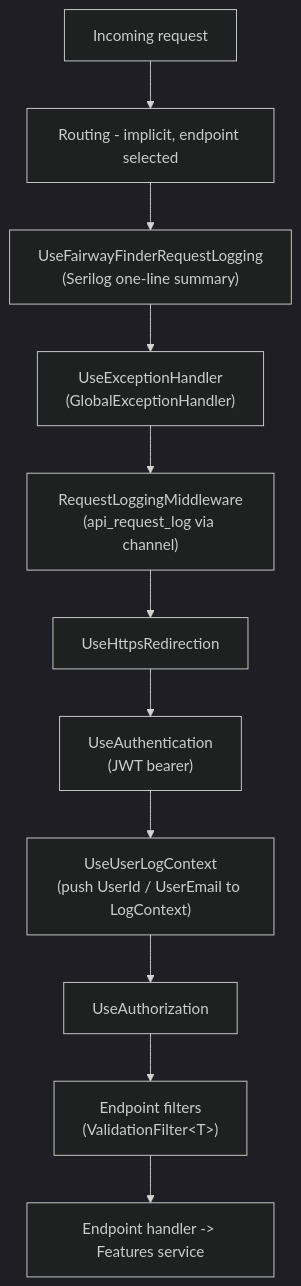
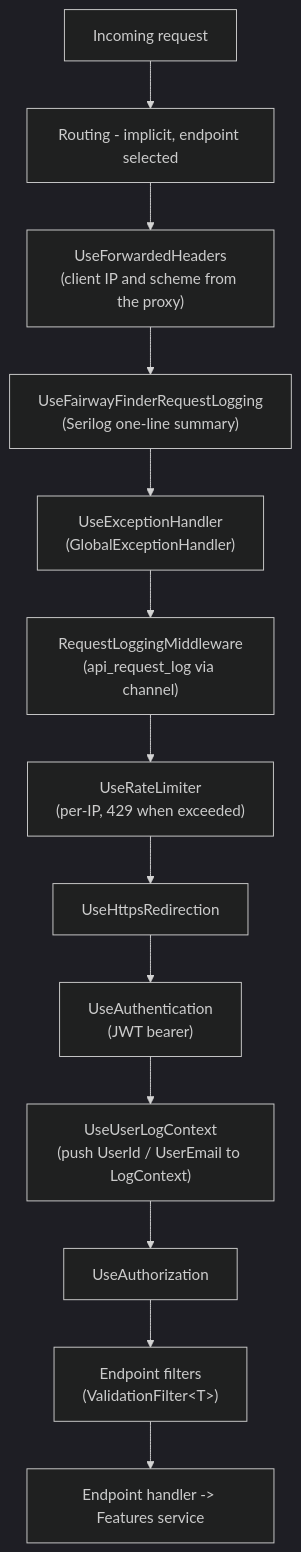
The first of 3 diagrams in docs/api/overview.md (georgebjork/FairwayFinder), drawn with Mermaid (dark theme) before and after one commit. The commit also changed other lines of this file and 12 other files, not shown here.

````diff
--- a/docs/api/overview.md
+++ b/docs/api/overview.md
@@ -26,13 +26,15 @@
 ```mermaid
 flowchart TD
     A[Incoming request] --> R[Routing - implicit, endpoint selected]
-    R --> S["UseFairwayFinderRequestLogging<br/>(Serilog one-line summary)"]
+    R --> FH["UseForwardedHeaders<br/>(client IP and scheme from the proxy)"]
+    FH --> S["UseFairwayFinderRequestLogging<br/>(Serilog one-line summary)"]
     S --> E["UseExceptionHandler<br/>(GlobalExceptionHandler)"]
     E --> L["RequestLoggingMiddleware<br/>(api_request_log via channel)"]
-    L --> H[UseHttpsRedirection]
+    L --> RL["UseRateLimiter<br/>(per-IP, 429 when exceeded)"]
+    RL --> H[UseHttpsRedirection]
     H --> AN["UseAuthentication<br/>(JWT bearer)"]
     AN --> U["UseUserLogContext<br/>(push UserId / UserEmail to LogContext)"]
     U --> AZ[UseAuthorization]
     AZ --> F["Endpoint filters<br/>(ValidationFilter&lt;T&gt;)"]
     F --> EP[Endpoint handler -> Features service]
 ```
````
